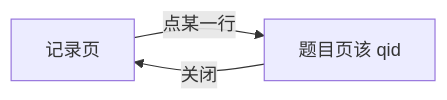
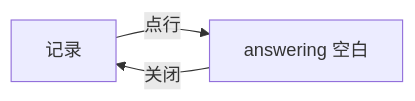
The second of 3 diagrams in docs/2.0/交互设计文档.md (xbtshady/p7), drawn with Mermaid before and after one commit. The commit also changed other lines of this file and 4 other files, not shown here.

````diff
--- a/docs/2.0/交互设计文档.md
+++ b/docs/2.0/交互设计文档.md
@@ -113,5 +153,5 @@
 ```mermaid
 flowchart LR
-  R[记录页] -->|点某一行| Q[题目页该 qid]
+  R[记录] -->|点行| Q[answering 空白]
   Q -->|关闭| R
 ```
````
